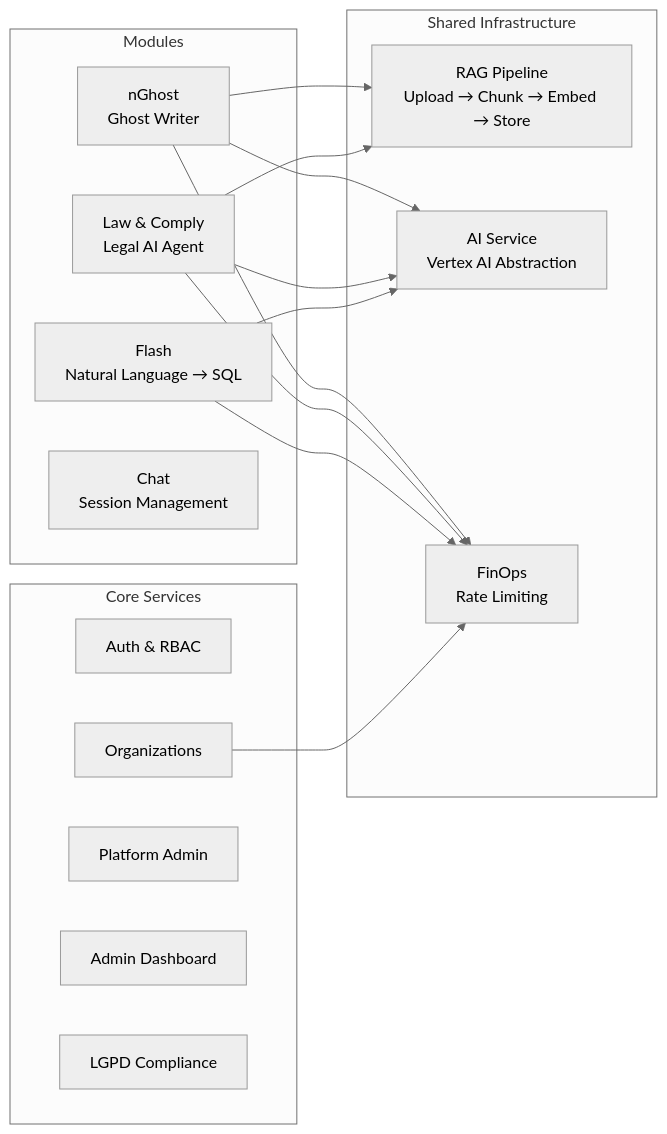
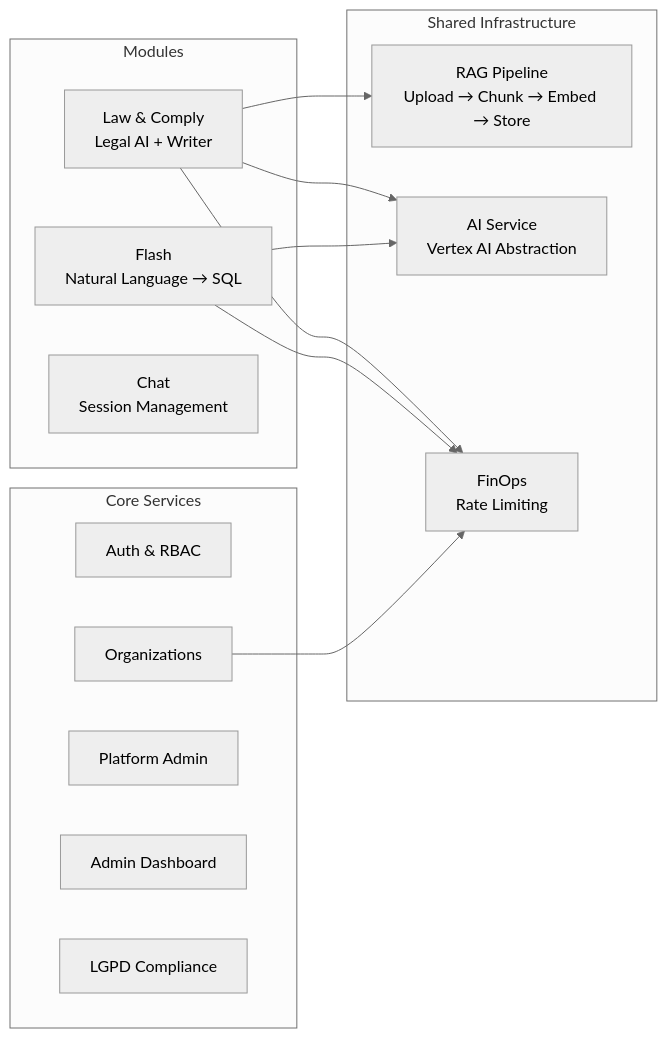
Before and after one commit to resper1965/Gabi: the second of 5 diagrams in docs/guides/architecture.md, drawn with Mermaid (neutral theme). The commit also changed other lines of this file and 21 other files, not shown here.

````diff
--- a/docs/guides/architecture.md
+++ b/docs/guides/architecture.md
@@ -58,33 +58,29 @@
 ```mermaid
 graph LR
     subgraph "Modules"
-        GHOST["nGhost<br/>Ghost Writer"]
-        LAW["Law & Comply<br/>Legal AI Agent"]
+        LAW["Law & Comply<br/>Legal AI + Writer"]
         FLASH["Flash<br/>Natural Language → SQL"]
         CHAT["Chat<br/>Session Management"]
     end
 
     subgraph "Core Services"
         AUTH["Auth & RBAC"]
         ORG["Organizations"]
         PLATFORM["Platform Admin"]
         ADMIN["Admin Dashboard"]
         LGPD["LGPD Compliance"]
     end
 
     subgraph "Shared Infrastructure"
         RAG["RAG Pipeline<br/>Upload → Chunk → Embed → Store"]
         AI["AI Service<br/>Vertex AI Abstraction"]
         LIMITS["FinOps<br/>Rate Limiting"]
     end
 
-    GHOST --> RAG
-    GHOST --> AI
     LAW --> RAG
     LAW --> AI
     FLASH --> AI
-    GHOST --> LIMITS
     LAW --> LIMITS
     FLASH --> LIMITS
     ORG --> LIMITS
 ```
````
